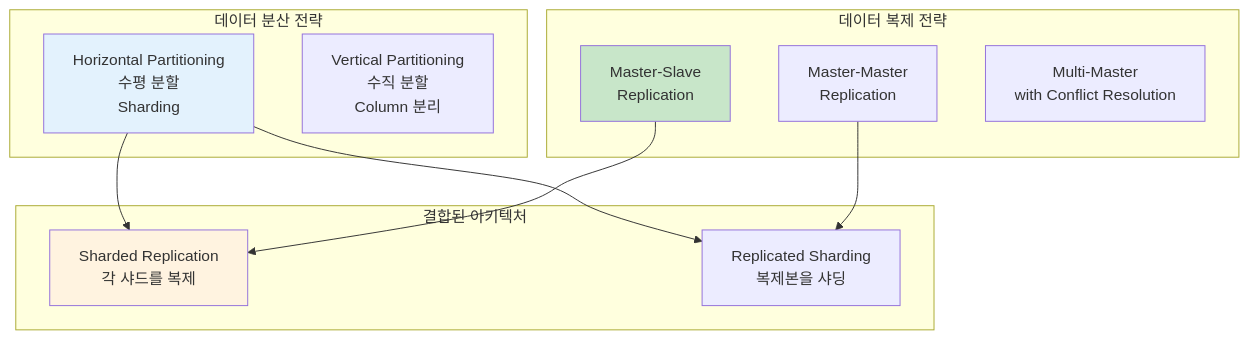
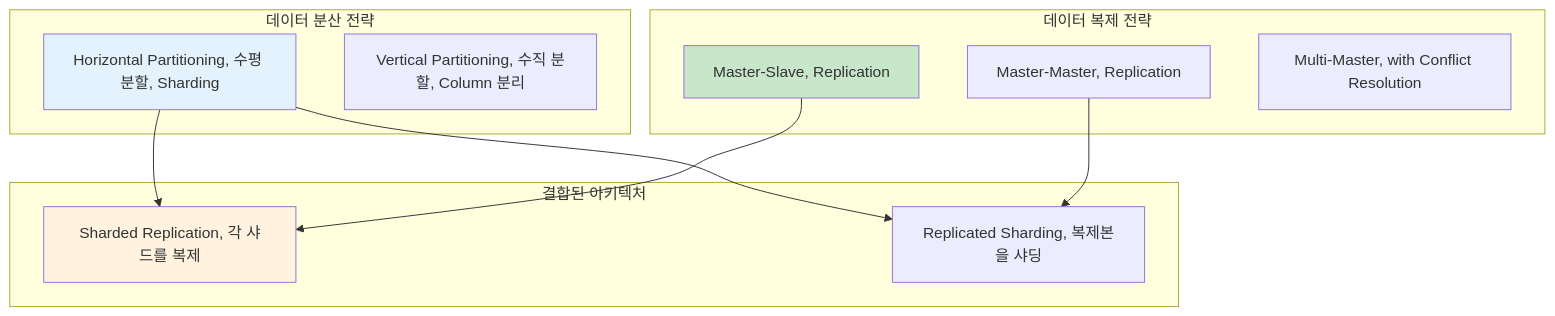
Before and after one commit to choru-k/choru-wiki: the diagram in docs/cs/guide/chapter-14-distributed-systems/03-distributed-data.md, drawn with Mermaid. The commit also changed other lines of this file and 13 other files, not shown here.

````diff
--- a/docs/cs/guide/chapter-14-distributed-systems/03-distributed-data.md
+++ b/docs/cs/guide/chapter-14-distributed-systems/03-distributed-data.md
@@ -55,27 +55,27 @@
 ```mermaid
 graph TD
     subgraph "데이터 분산 전략"
-        H[Horizontal Partitioning<br/>수평 분할<br/>Sharding]
-        V[Vertical Partitioning<br/>수직 분할<br/>Column 분리]
+        H[Horizontal Partitioning, 수평 분할, Sharding]
+        V[Vertical Partitioning, 수직 분할, Column 분리]
     end
     
     subgraph "데이터 복제 전략"
-        R1[Master-Slave<br/>Replication]
-        R2[Master-Master<br/>Replication]
-        R3[Multi-Master<br/>with Conflict Resolution]
+        R1[Master-Slave, Replication]
+        R2[Master-Master, Replication]
+        R3[Multi-Master, with Conflict Resolution]
     end
     
     subgraph "결합된 아키텍처"
-        SR[Sharded Replication<br/>각 샤드를 복제]
-        RS[Replicated Sharding<br/>복제본을 샤딩]
+        SR[Sharded Replication, 각 샤드를 복제]
+        RS[Replicated Sharding, 복제본을 샤딩]
     end
     
     H --> SR
     R1 --> SR
     H --> RS
     R2 --> RS
     
     style H fill:#e3f2fd
     style R1 fill:#c8e6c9
     style SR fill:#fff3e0
 ```
````
